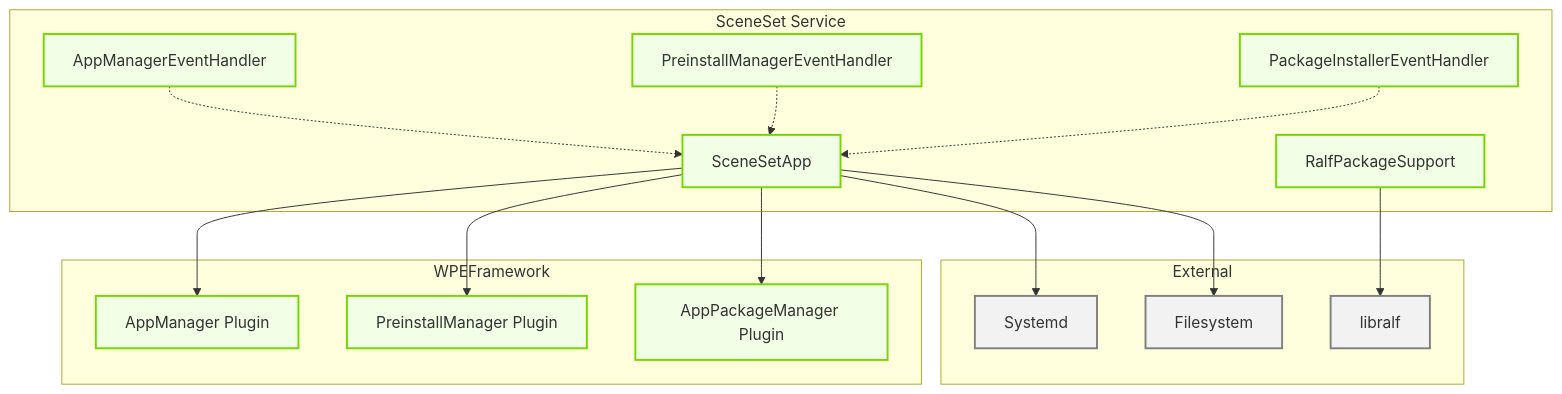
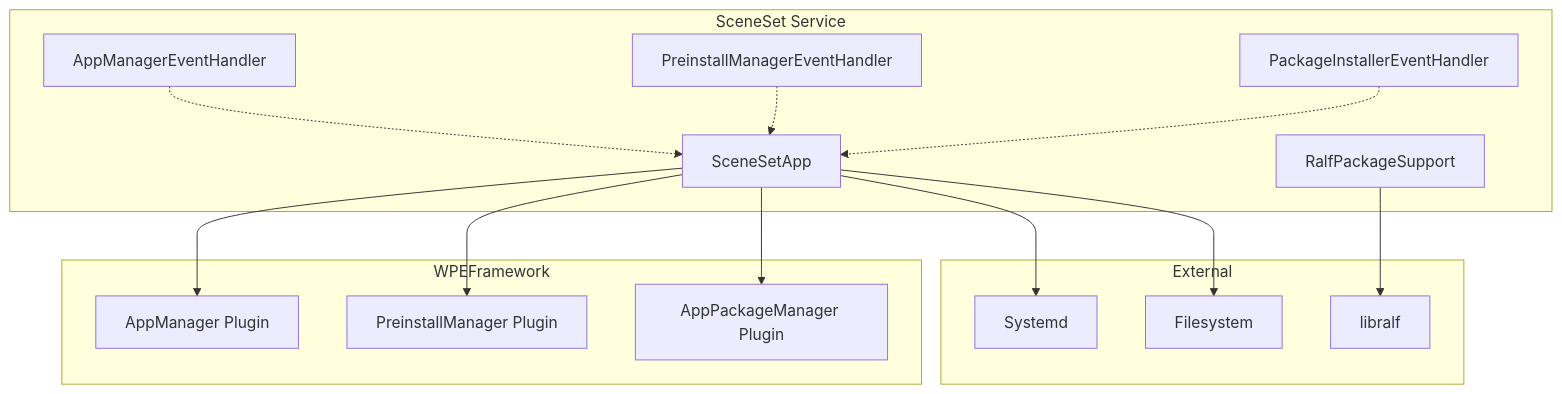
The second of 2 diagrams in README.md (gourivarma3/sceneset), drawn with Mermaid before and after one commit. The commit also changed other lines of this file, not shown here.

````diff
--- a/README.md
+++ b/README.md
@@ -39,42 +61,32 @@
 ```mermaid
 graph TB
-
-%% Styles
-classDef Apps stroke:#00B9F1,fill:#E6F7FD,stroke-width:2px
-classDef RDKMW stroke:#75D701,fill:#F1FFE6,stroke-width:2px
-classDef VL stroke:#808080,fill:#F2F2F2,stroke-width:2px
-
     subgraph SceneSet Service
         SS[SceneSetApp]
         AH[AppManagerEventHandler]
         PH[PreinstallManagerEventHandler]
         PKH[PackageInstallerEventHandler]
         RS[RalfPackageSupport]
     end
 
     subgraph WPEFramework
         AM[AppManager Plugin]
         PM[PreinstallManager Plugin]
         APM[AppPackageManager Plugin]
     end
 
     subgraph External
         SD[Systemd]
         FS[Filesystem]
         RALF[libralf]
     end
 
     SS --> AM
     SS --> PM
     SS --> APM
     AH -.-> SS
     PH -.-> SS
     PKH -.-> SS
     RS --> RALF
     SS --> SD
     SS --> FS
-
-class SS,AH,PH,PKH,RS RDKMW
-class AM,PM,APM RDKMW
-class SD,FS,RALF VL
 ```
````
